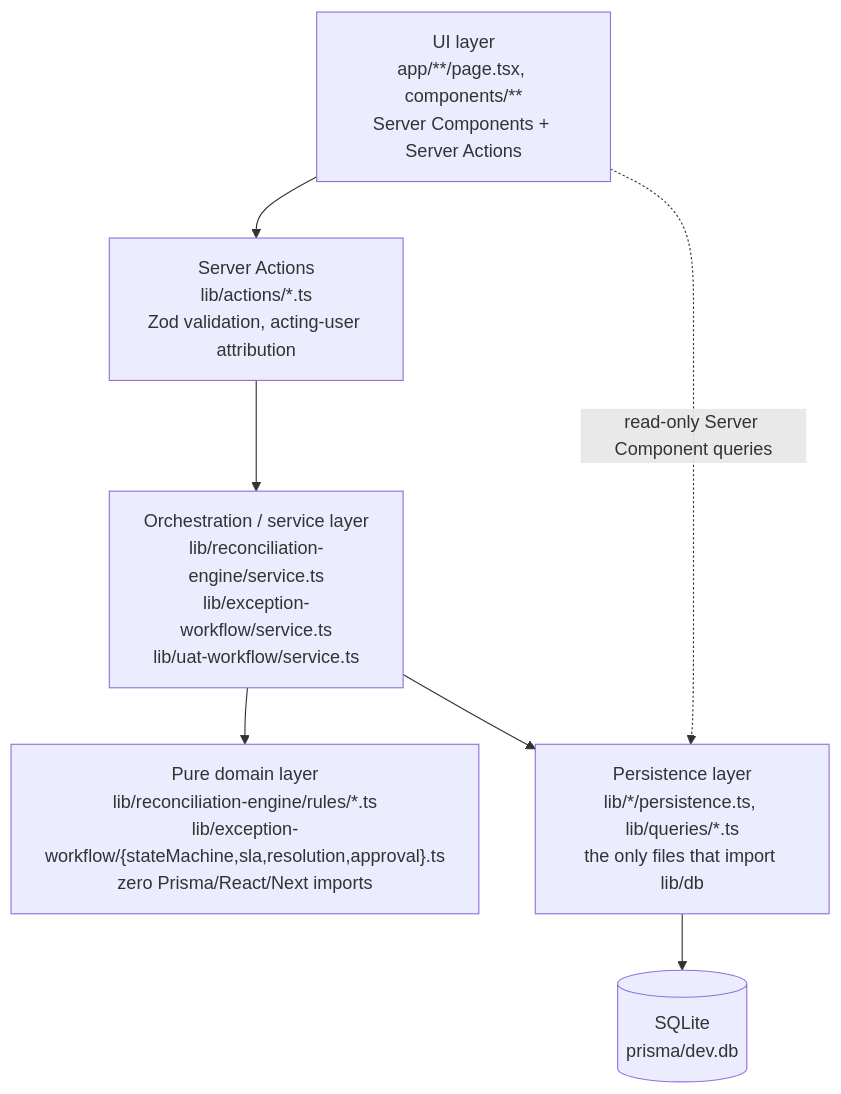
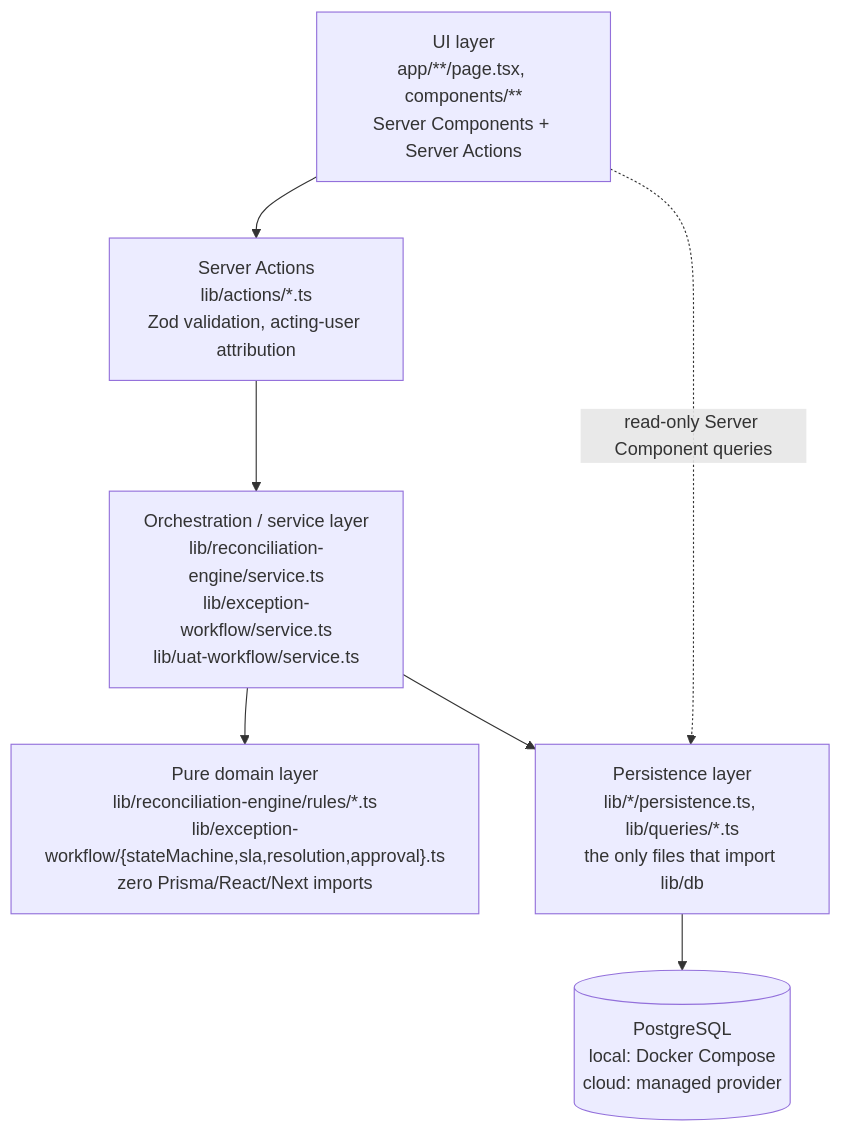
Before and after one commit to DataByRajesh/payguard-ie: the diagram in docs/ARCHITECTURE.md, drawn with Mermaid. The commit also changed other lines of this file and 30 other files, not shown here.

````diff
--- a/docs/ARCHITECTURE.md
+++ b/docs/ARCHITECTURE.md
@@ -9,16 +9,16 @@
 ```mermaid
 flowchart TD
     UI["UI layer<br/>app/**/page.tsx, components/**<br/>Server Components + Server Actions"]
     Actions["Server Actions<br/>lib/actions/*.ts<br/>Zod validation, acting-user attribution"]
     Service["Orchestration / service layer<br/>lib/reconciliation-engine/service.ts<br/>lib/exception-workflow/service.ts<br/>lib/uat-workflow/service.ts"]
     Domain["Pure domain layer<br/>lib/reconciliation-engine/rules/*.ts<br/>lib/exception-workflow/{stateMachine,sla,resolution,approval}.ts<br/>zero Prisma/React/Next imports"]
     Persistence["Persistence layer<br/>lib/*/persistence.ts, lib/queries/*.ts<br/>the only files that import lib/db"]
-    DB[("SQLite<br/>prisma/dev.db")]
+    DB[("PostgreSQL<br/>local: Docker Compose<br/>cloud: managed provider")]
 
     UI --> Actions
     Actions --> Service
     Service --> Domain
     Service --> Persistence
     Persistence --> DB
     UI -. "read-only Server Component queries" .-> Persistence
 ```
````
